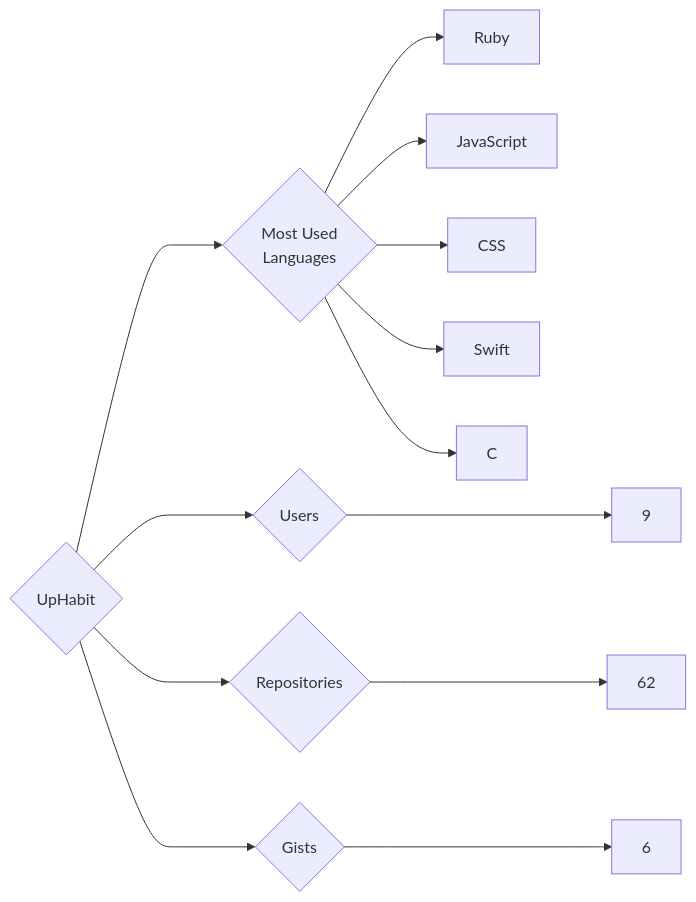
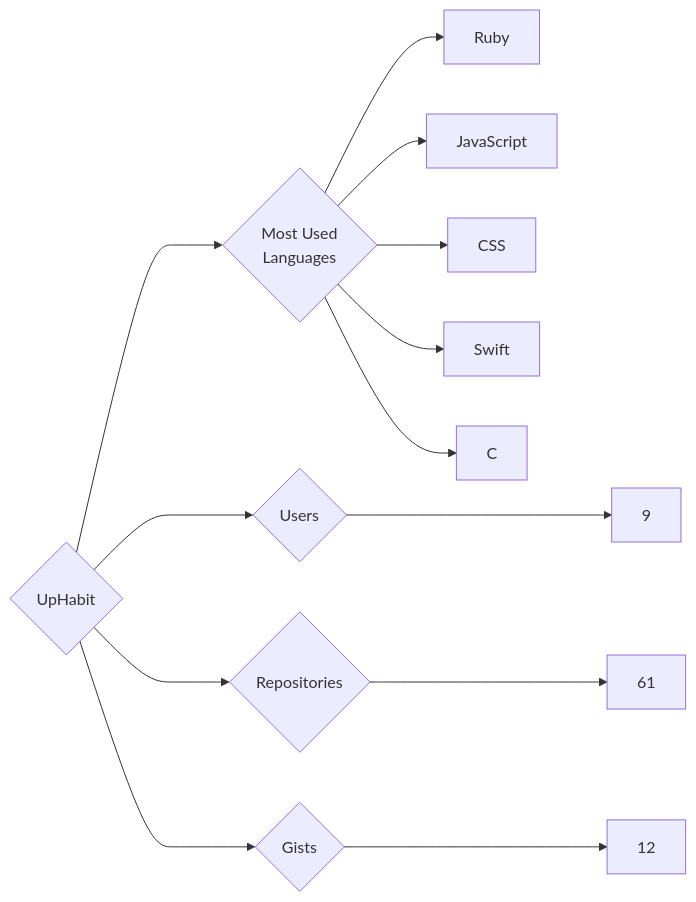
One commit to trickest/insiders changed the diagram in targets/UpHabit/README.md. Above: the diagram before and after it, drawn with Mermaid. The commit also changed 1496 other files, not shown here.

````diff
--- a/targets/UpHabit/README.md
+++ b/targets/UpHabit/README.md
@@ -3,13 +3,13 @@
 ```mermaid
 graph LR
 COMPANY_NAME{UpHabit}
 COMPANY_NAME ---> U{Users} ---> UN[9]
-COMPANY_NAME ---> R{Repositories} ---> RN[62]
-COMPANY_NAME ---> G{Gists} ---> GN[6]
+COMPANY_NAME ---> R{Repositories} ---> RN[61]
+COMPANY_NAME ---> G{Gists} ---> GN[12]
 COMPANY_NAME ---> ML{Most Used<br>Languages}
 ML --> Ruby[Ruby]
 ML --> JavaScript[JavaScript]
 ML --> CSS[CSS]
 ML --> Swift[Swift]
 ML --> C[C]
 ```
````
